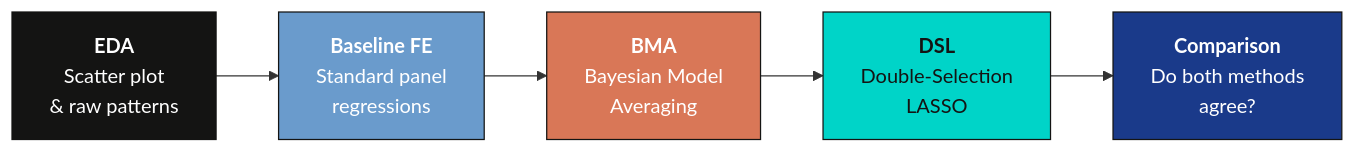
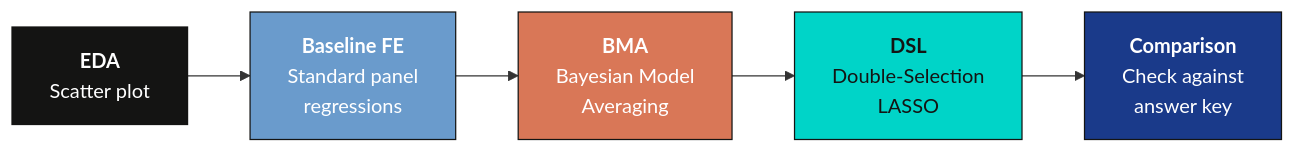
Before and after one commit to cmg777/starter-academic-v501: the first of 4 diagrams in content/post/stata_bma_dsl/index.md, drawn with Mermaid. The commit also changed other lines of this file and 14 other files, not shown here.

````diff
--- a/content/post/stata_bma_dsl/index.md
+++ b/content/post/stata_bma_dsl/index.md
@@ -56,13 +58,13 @@
 ```mermaid
 graph LR
-    A["<b>EDA</b><br/>Scatter plot<br/>& raw patterns"] --> B["<b>Baseline FE</b><br/>Standard panel<br/>regressions"]
+    A["<b>EDA</b><br/>Scatter plot"] --> B["<b>Baseline FE</b><br/>Standard panel<br/>regressions"]
     B --> C["<b>BMA</b><br/>Bayesian Model<br/>Averaging"]
     C --> D["<b>DSL</b><br/>Double-Selection<br/>LASSO"]
-    D --> E["<b>Comparison</b><br/>Do both methods<br/>agree?"]
+    D --> E["<b>Comparison</b><br/>Check against<br/>answer key"]
 
     style A fill:#141413,stroke:#141413,color:#fff
     style B fill:#6a9bcc,stroke:#141413,color:#fff
     style C fill:#d97757,stroke:#141413,color:#fff
     style D fill:#00d4c8,stroke:#141413,color:#141413
     style E fill:#1a3a8a,stroke:#141413,color:#fff
 ```
````
